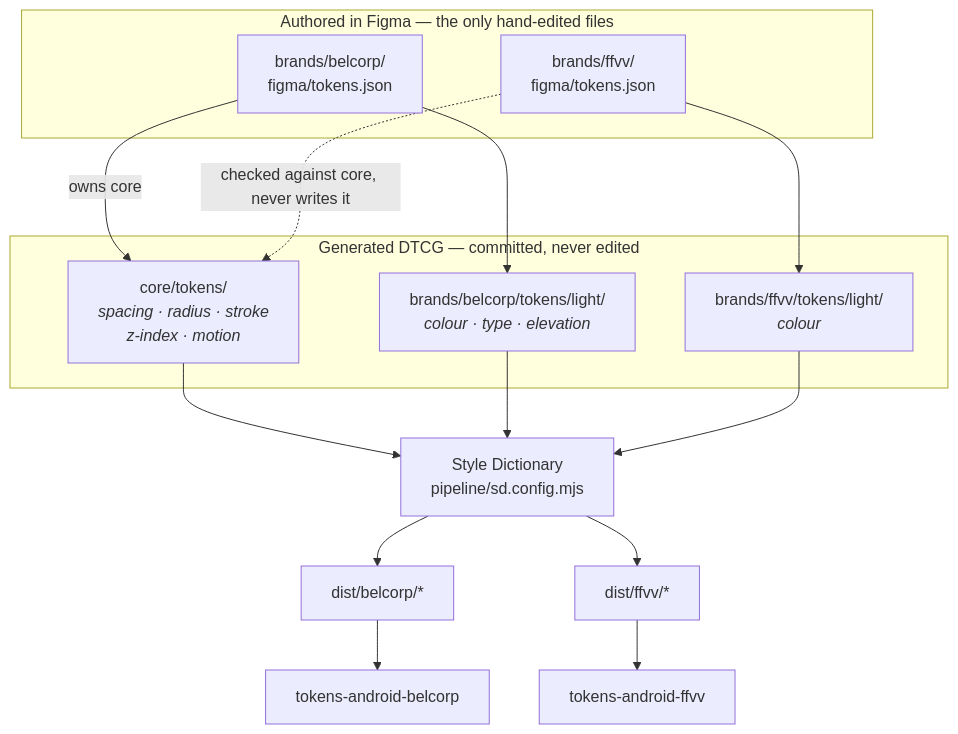
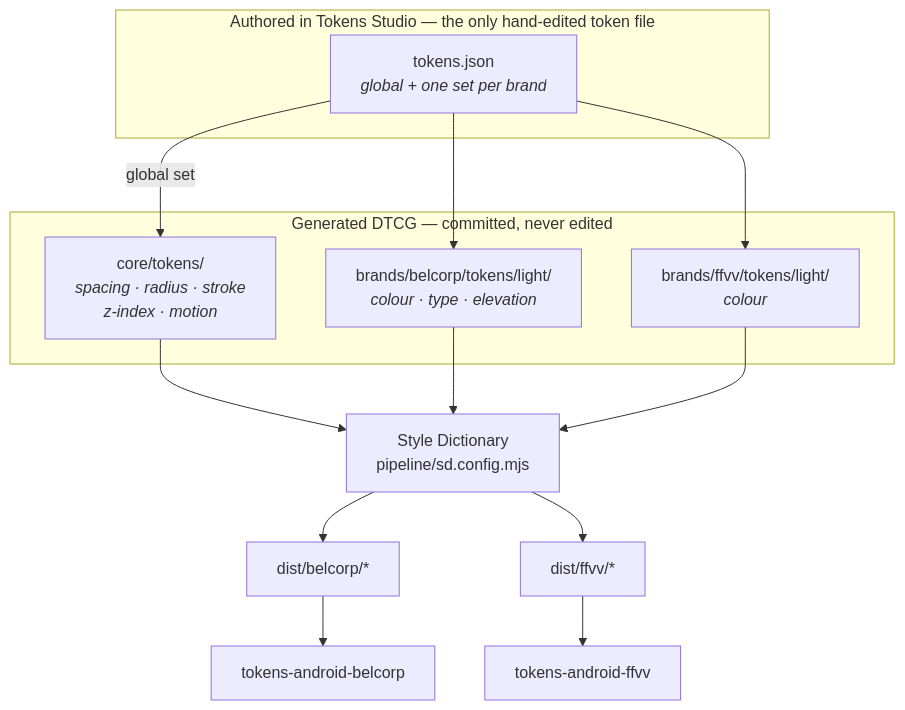
Before and after one commit to esteban505r/design-system: the diagram in README.md, drawn with Mermaid. The commit also changed other lines of this file and 179 other files, not shown here.

````diff
--- a/README.md
+++ b/README.md
@@ -7,27 +7,25 @@
 ```mermaid
 flowchart TD
-    subgraph SSOT["Authored in Figma — the only hand-edited files"]
-        FB["brands/belcorp/<br/>figma/tokens.json"]
-        FF["brands/ffvv/<br/>figma/tokens.json"]
+    subgraph SSOT["Authored in Tokens Studio — the only hand-edited token file"]
+        TJ["tokens.json<br/><i>global + one set per brand</i>"]
     end
 
-    FB -->|"owns core"| CORE
-    FB --> TB
-    FF -.->|"checked against core, never writes it"| CORE
-    FF --> TF
+    TJ -->|"global set"| CORE
+    TJ --> TB
+    TJ --> TF
 
     subgraph TREE["Generated DTCG — committed, never edited"]
         CORE["core/tokens/<br/><i>spacing · radius · stroke<br/>z-index · motion</i>"]
         TB["brands/belcorp/tokens/light/<br/><i>colour · type · elevation</i>"]
         TF["brands/ffvv/tokens/light/<br/><i>colour</i>"]
     end
 
     CORE --> SD
     TB --> SD
     TF --> SD
     SD["Style Dictionary<br/>pipeline/sd.config.mjs"]
     SD --> DB["dist/belcorp/*"]
     SD --> DF["dist/ffvv/*"]
     DB --> AB["tokens-android-belcorp"]
     DF --> AF["tokens-android-ffvv"]
 ```
````
